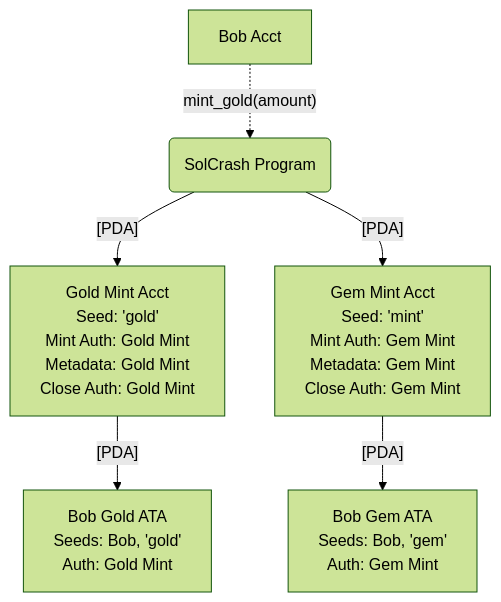
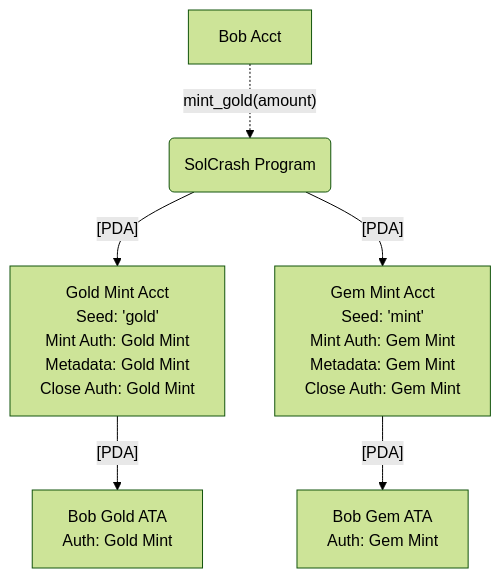
One commit to Web3-Builders-Alliance/kilogold_Sol_2Q24 changed the first of 2 diagrams in capstone/sol-crashers-on-chain/readme.md. Above: the diagram before and after it, drawn with Mermaid (forest theme). The commit also changed 8 other files, not shown here.

````diff
--- a/capstone/sol-crashers-on-chain/readme.md
+++ b/capstone/sol-crashers-on-chain/readme.md
@@ -12,39 +12,37 @@
 ```mermaid
 flowchart TD
 
             direction LR
             program("SolCrash Program")
             
             goldMint["Gold Mint Acct
                 Seed: 'gold'
                 Mint Auth: Gold Mint
                 Metadata: Gold Mint
                 Close Auth: Gold Mint"
             ]
             
             goldATA_Bob["Bob Gold ATA
-                Seeds: Bob, 'gold'
                 Auth: Gold Mint"
             ]
             
             gemMint["Gem Mint Acct
                 Seed: 'mint'
                 Mint Auth: Gem Mint
                 Metadata: Gem Mint
                 Close Auth: Gem Mint"
             ]
             
             gemATA_Bob["Bob Gem ATA
-                Seeds: Bob, 'gem'
                 Auth: Gem Mint"
             ]
 
             program --[PDA]--> goldMint
             program --[PDA]--> gemMint
             goldMint --[PDA]--> goldATA_Bob
             gemMint --[PDA]--> gemATA_Bob
 
             direction LR
             accountB["Bob Acct"]
             accountB -.->|mint_gold#40;amount#41;| program  
 ```
````
